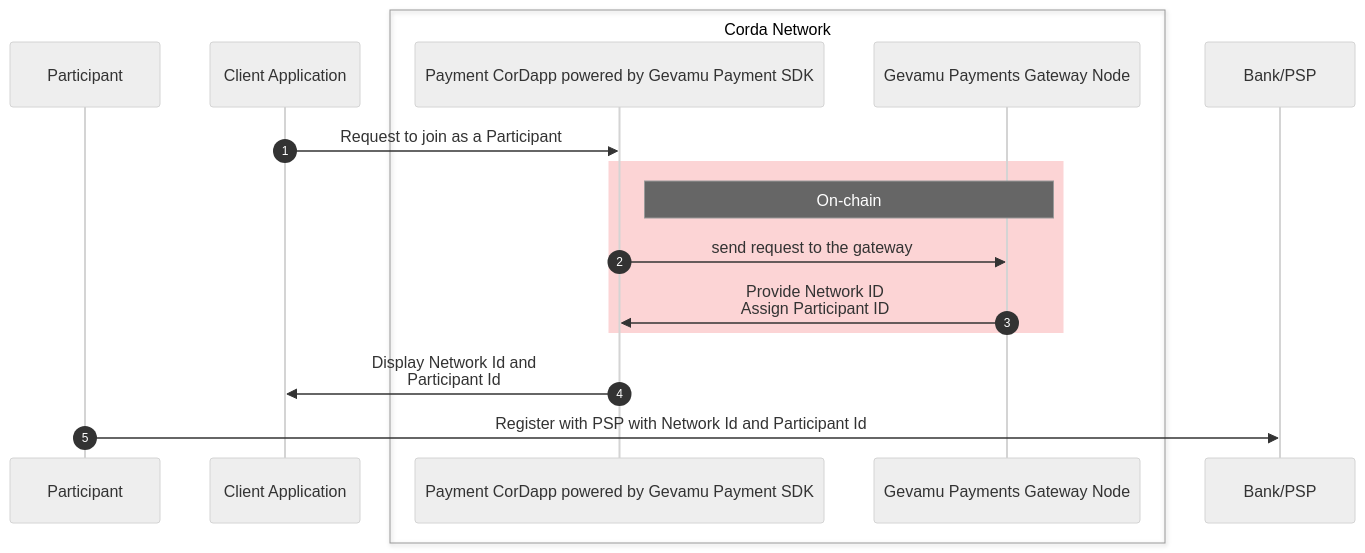
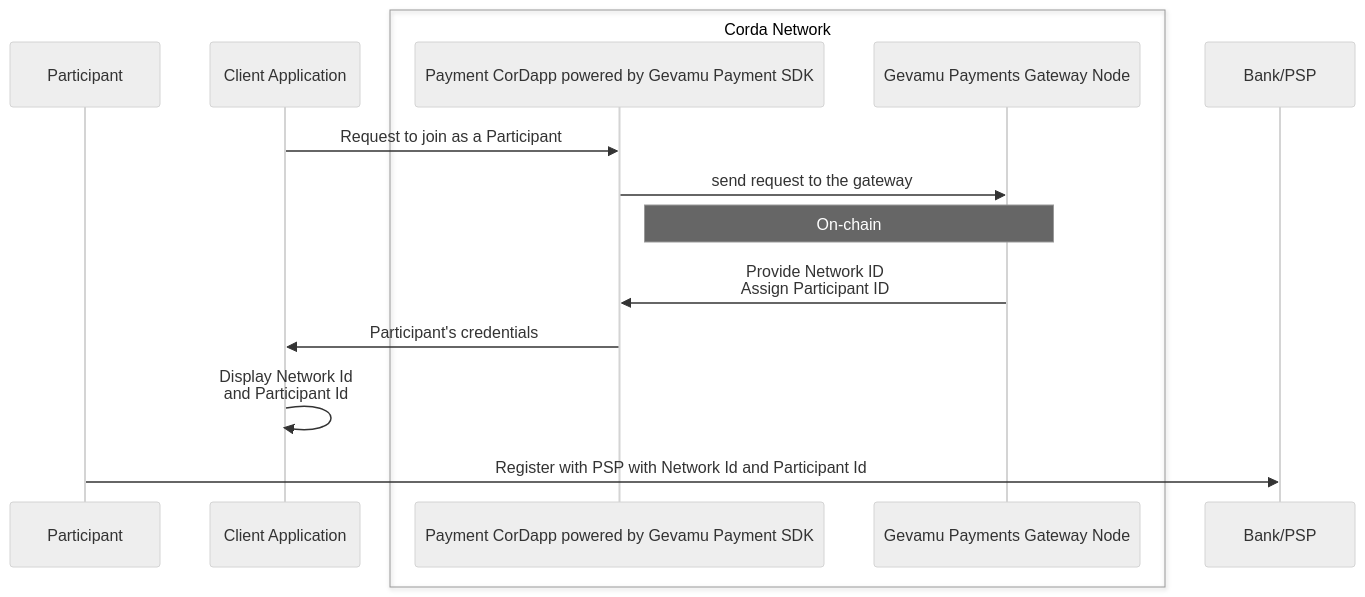
One commit to gevamu/gevamu.github.io changed the diagram in content/3.workflow/3.participant-onboarding.md. Above: the diagram before and after it, drawn with Mermaid (neutral theme).

Commit message:
remove color, autonumbering, update as per review

````diff
--- a/content/3.workflow/3.participant-onboarding.md
+++ b/content/3.workflow/3.participant-onboarding.md
@@ -16,28 +16,25 @@
 ```mermaid
 sequenceDiagram
-  autonumber
+ 
  %% using slide 12
 
   participant p as Participant
   participant ca as Client Application
-
   box Corda Network
   participant pc as Payment CorDapp powered by Gevamu Payment SDK 
   participant gn as Gevamu Payments Gateway Node
   end
-
   participant psp as Bank/PSP
 
   ca ->> pc: Request to join as a Participant
 
-  rect rgb(252,212,213)
+  
+  pc ->> gn: send request to the gateway
   Note right of pc: On-chain
-  pc ->> gn: send request to the gateway
   gn ->> pc: Provide Network ID <br/> Assign Participant ID
-  end
-
-  pc ->> ca: Display Network Id and <br/> Participant Id 
-
+  
+  pc ->> ca: Participant's credentials
+  ca ->> ca: Display Network Id <br/> and Participant Id
   p ->> psp: Register with PSP with Network Id and Participant Id 
   
 ```
````
